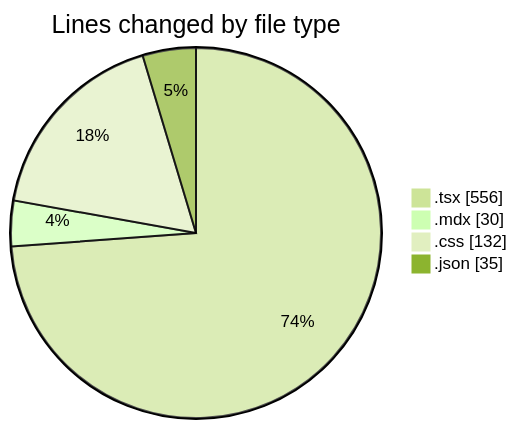
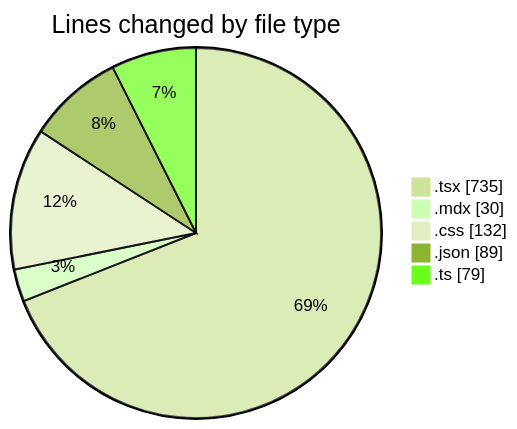
The first of 2 diagrams in 2025-05-12/elitesun/README.md (Elitesun/code-tracking), drawn with Mermaid (forest theme) before and after one commit. The commit also changed other lines of this file and 1 other file, not shown here.

````diff
--- a/2025-05-12/elitesun/README.md
+++ b/2025-05-12/elitesun/README.md
@@ -26,8 +30,9 @@
 ```mermaid
 pie showData
 title Lines changed by file type
-".tsx" : 556
+".tsx" : 735
 ".mdx" : 30
 ".css" : 132
-".json" : 35
+".json" : 89
+".ts" : 79
 ```
````
